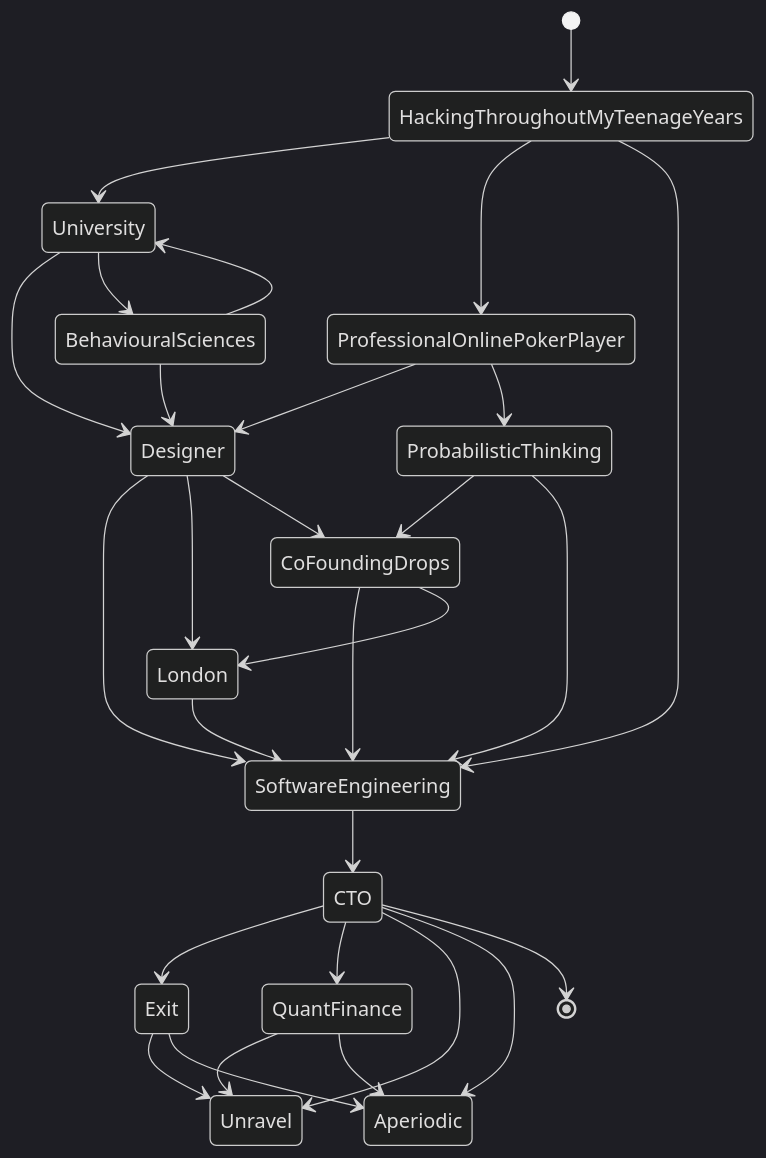
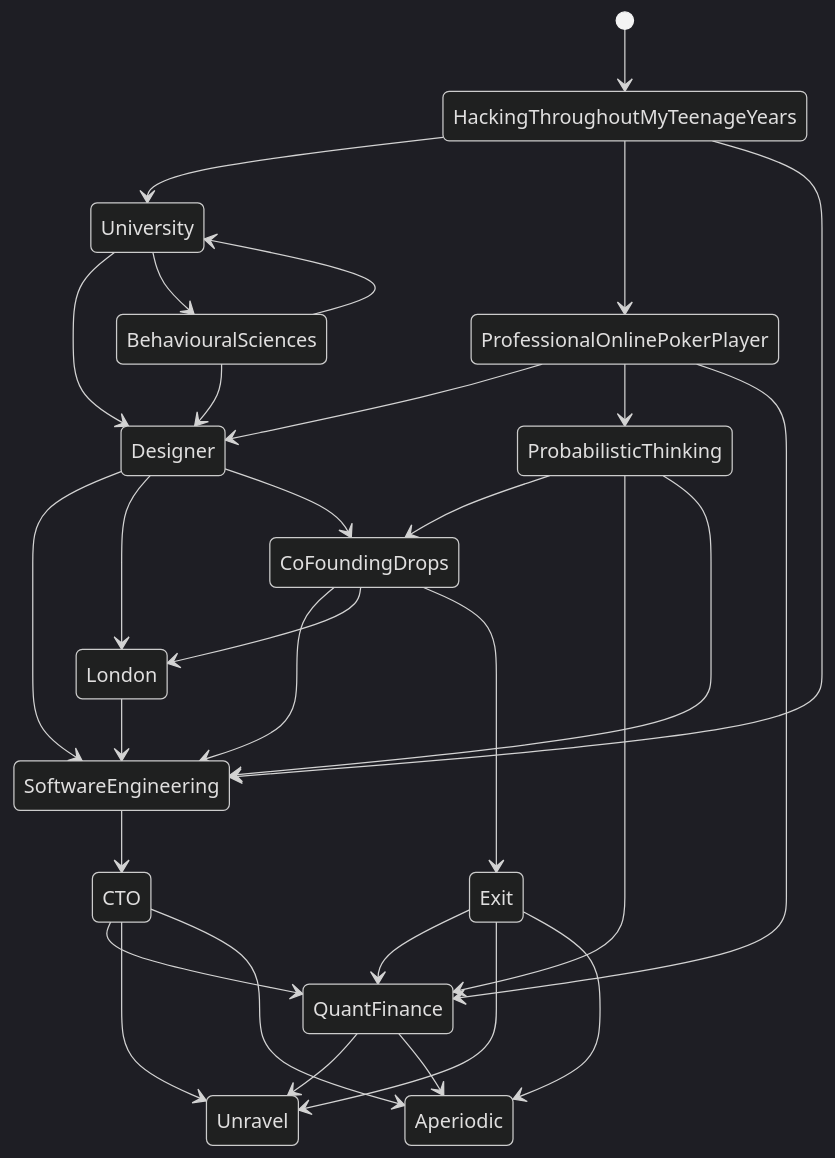
The diagram in content/_index.md (almostintuitive/almostintuitive.github.io), drawn with Mermaid (dark theme) before and after one commit.

Commit message:
Update homepage graph edges
Agent-Logs-Url: https://github.com/almostintuitive/almostintuitive.github.io/sessions/abcf739a-a1af-4606-943a-5cc08135c914

```diff
--- a/content/_index.md
+++ b/content/_index.md
@@ -25,32 +25,34 @@
 {{< mermaid >}}
 
 stateDiagram
   [*] --> HackingThroughoutMyTeenageYears
   HackingThroughoutMyTeenageYears --> University
   HackingThroughoutMyTeenageYears --> ProfessionalOnlinePokerPlayer
   University --> Designer
   University --> BehaviouralSciences
   BehaviouralSciences --> University
   BehaviouralSciences --> Designer
   ProfessionalOnlinePokerPlayer --> Designer
   ProfessionalOnlinePokerPlayer --> ProbabilisticThinking
+  ProfessionalOnlinePokerPlayer --> QuantFinance
   ProbabilisticThinking --> CoFoundingDrops
+  ProbabilisticThinking --> QuantFinance
   CoFoundingDrops --> SoftwareEngineering
   Designer --> SoftwareEngineering
   Designer --> London
   London --> SoftwareEngineering
   Designer --> CoFoundingDrops
   CoFoundingDrops --> London
   HackingThroughoutMyTeenageYears --> SoftwareEngineering
   ProbabilisticThinking --> SoftwareEngineering
   SoftwareEngineering --> CTO
-  CTO --> Exit
   CTO --> QuantFinance
   CTO --> Unravel
   CTO --> Aperiodic
+  CoFoundingDrops --> Exit
+  Exit --> QuantFinance
   Exit --> Unravel
   Exit --> Aperiodic
   QuantFinance --> Unravel
   QuantFinance --> Aperiodic
-  CTO --> [*]
 {{< /mermaid >}}
```
